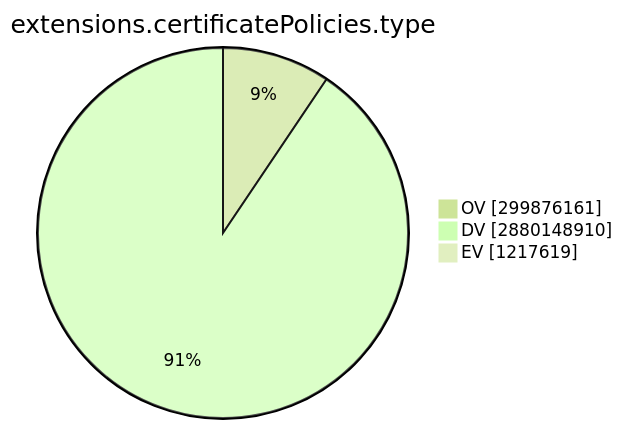
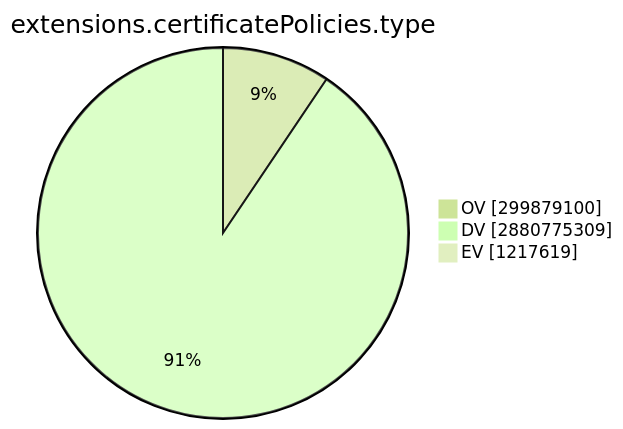
One commit to christiankrug/ctmonitor_visualization changed the ninth of 15 diagrams in TOTAL/README.md. Above: the diagram before and after it, drawn with Mermaid (forest theme). The commit also changed other lines of this file, not shown here.

````diff
--- a/TOTAL/README.md
+++ b/TOTAL/README.md
@@ -3101,7 +3101,7 @@
 ```mermaid
 pie showData
 title extensions.certificatePolicies.type
-"OV" :299876161
-"DV" :2880148910
+"OV" :299879100
+"DV" :2880775309
 "EV" :1217619
 ```
````
